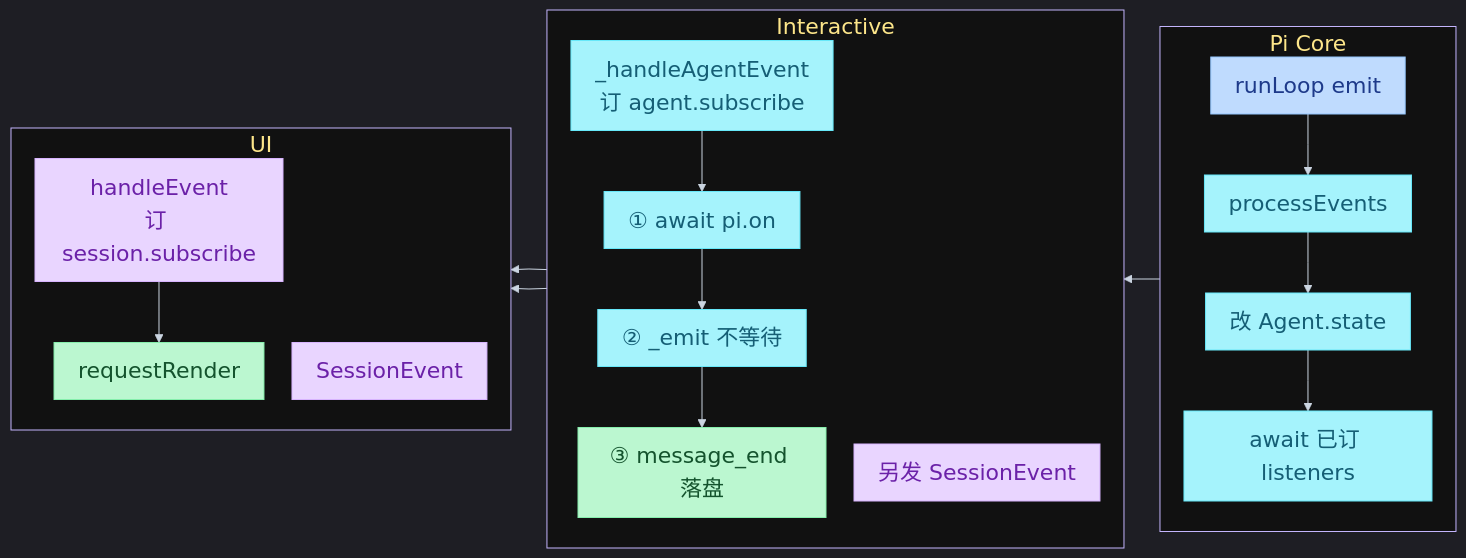
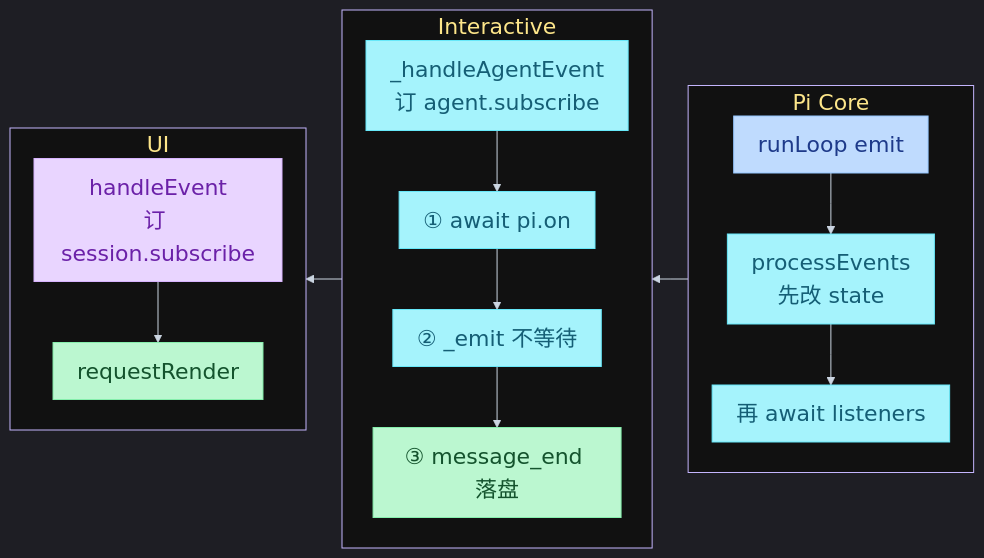
One commit to juliepy/AI-Engineer-from-scrach changed the first of 4 diagrams in 13-pi-agent/03-events.md. Above: the diagram before and after it, drawn with Mermaid. The commit also changed other lines of this file, not shown here.

First line of the commit message:
Align Pi events notes: simplify overview and split two waitForIdle APIs.

````diff
--- a/13-pi-agent/03-events.md
+++ b/13-pi-agent/03-events.md
@@ -40,50 +41,45 @@
 ```mermaid
 %%{init: {"theme": "dark", "flowchart": {"curve": "linear", "rankSpacing": 36, "nodeSpacing": 28, "padding": 12, "useMaxWidth": false, "htmlLabels": true}, "themeVariables": {"fontSize": "22px", "background": "#000000", "lineColor": "#CBD5E1", "clusterBkg": "#111111", "clusterBorder": "#C4B5FD", "titleColor": "#FDE68A", "edgeLabelBackground": "#111111"}, "themeCSS": ".nodeLabel,.label,.cluster-label,span{font-size:22px!important}"}}%%
 flowchart RL
     subgraph uiLayer["UI"]
         direction TB
         HEV["handleEvent<br/>订 session.subscribe"]
         DRAW["requestRender"]
-        HEVS["SessionEvent"]
         HEV --> DRAW
     end
 
     subgraph interactiveLayer["Interactive"]
         direction TB
         HA["_handleAgentEvent<br/>订 agent.subscribe"]
         EXT["① await pi.on"]
         UIEMIT["② _emit 不等待"]
         DISK["③ message_end 落盘"]
-        EXTRA["另发 SessionEvent"]
         HA --> EXT
         EXT --> UIEMIT
         UIEMIT --> DISK
     end
 
     subgraph coreLayer["Pi Core"]
         direction TB
         LOOP["runLoop emit"]
-        PE["processEvents"]
-        ST["改 Agent.state"]
-        LIS["await 已订 listeners"]
-        LOOP --> PE
-        PE --> ST
+        ST["processEvents<br/>先改 state"]
+        LIS["再 await listeners"]
+        LOOP --> ST
         ST --> LIS
     end
 
     LIS --> HA
     UIEMIT --> HEV
-    EXTRA --> HEVS
 
     classDef start fill:#BFDBFE,stroke:#93C5FD,color:#1E3A8A,font-size:22px
     classDef step fill:#A5F3FC,stroke:#67E8F9,color:#155E75,font-size:22px
     classDef prod fill:#E9D5FF,stroke:#D8B4FE,color:#6B21A8,font-size:22px
     classDef ok fill:#BBF7D0,stroke:#86EFAC,color:#14532D,font-size:22px
     classDef wrap fill:#111111,stroke:#C4B5FD,color:#FDE68A,font-size:22px
 
     class LOOP start
-    class PE,ST,LIS,HA,EXT,UIEMIT step
-    class EXTRA,HEV,HEVS prod
+    class ST,LIS,HA,EXT,UIEMIT step
+    class HEV prod
     class DISK,DRAW ok
     class uiLayer,interactiveLayer,coreLayer wrap
 ```
````
